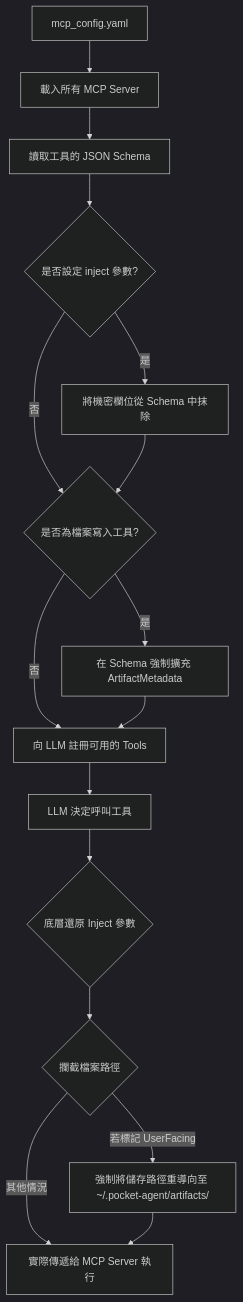
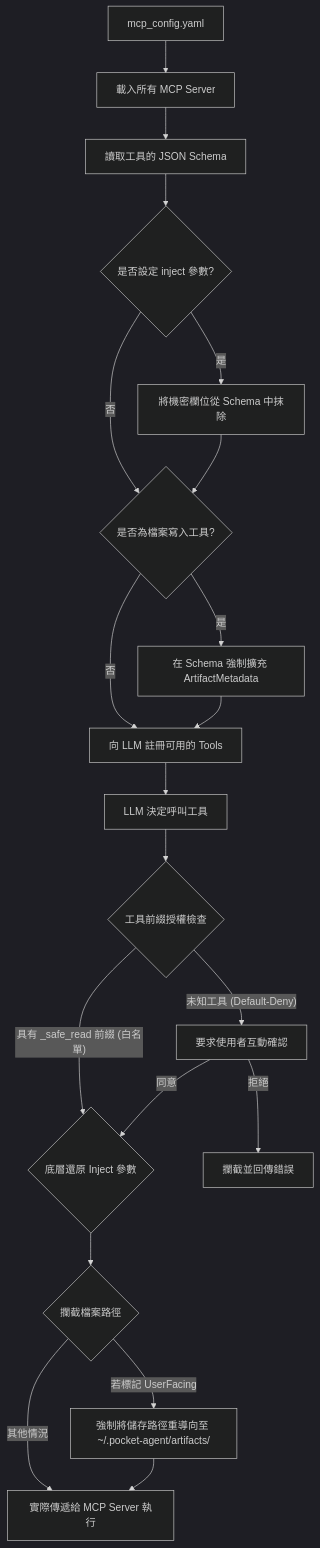
The diagram in docs/mcp-architecture.md (zanta0529/pocket-agent), drawn with Mermaid (dark theme) before and after one commit. The commit also changed other lines of this file and 11 other files, not shown here.

First line of the commit message:
feat(security): implement MCP default-deny authorization and strict OS keyring

````diff
--- a/docs/mcp-architecture.md
+++ b/docs/mcp-architecture.md
@@ -7,22 +7,27 @@
 ```mermaid
 flowchart TD
     Config[mcp_config.yaml] --> LoadMCP[載入所有 MCP Server]
     LoadMCP --> ReadSchema[讀取工具的 JSON Schema]
 
     ReadSchema --> StripInject{是否設定 inject 參數?}
     StripInject -- 是 --> RemoveSecret[將機密欄位從 Schema 中抹除]
     StripInject -- 否 --> CheckArtifact{是否為檔案寫入工具?}
     RemoveSecret --> CheckArtifact
 
     CheckArtifact -- 是 --> AddMeta[在 Schema 強制擴充 ArtifactMetadata]
     CheckArtifact -- 否 --> Register[向 LLM 註冊可用的 Tools]
     AddMeta --> Register
 
     Register --> LLMCall[LLM 決定呼叫工具]
 
-    LLMCall --> InjectArg{底層還原 Inject 參數}
+    LLMCall --> CheckAuth{工具前綴授權檢查}
+    CheckAuth -- 具有 _safe_read 前綴 (白名單) --> InjectArg{底層還原 Inject 參數}
+    CheckAuth -- 未知工具 (Default-Deny) --> RequireConfirm[要求使用者互動確認]
+    RequireConfirm -- 同意 --> InjectArg
+    RequireConfirm -- 拒絕 --> Block[攔截並回傳錯誤]
+
     InjectArg --> InterceptPath{攔截檔案路徑}
     InterceptPath -- 若標記 UserFacing --> RedirectPath[強制將儲存路徑重導向至 ~/.pocket-agent/artifacts/]
     InterceptPath -- 其他情況 --> Exec[實際傳遞給 MCP Server 執行]
     RedirectPath --> Exec
 ```
````
